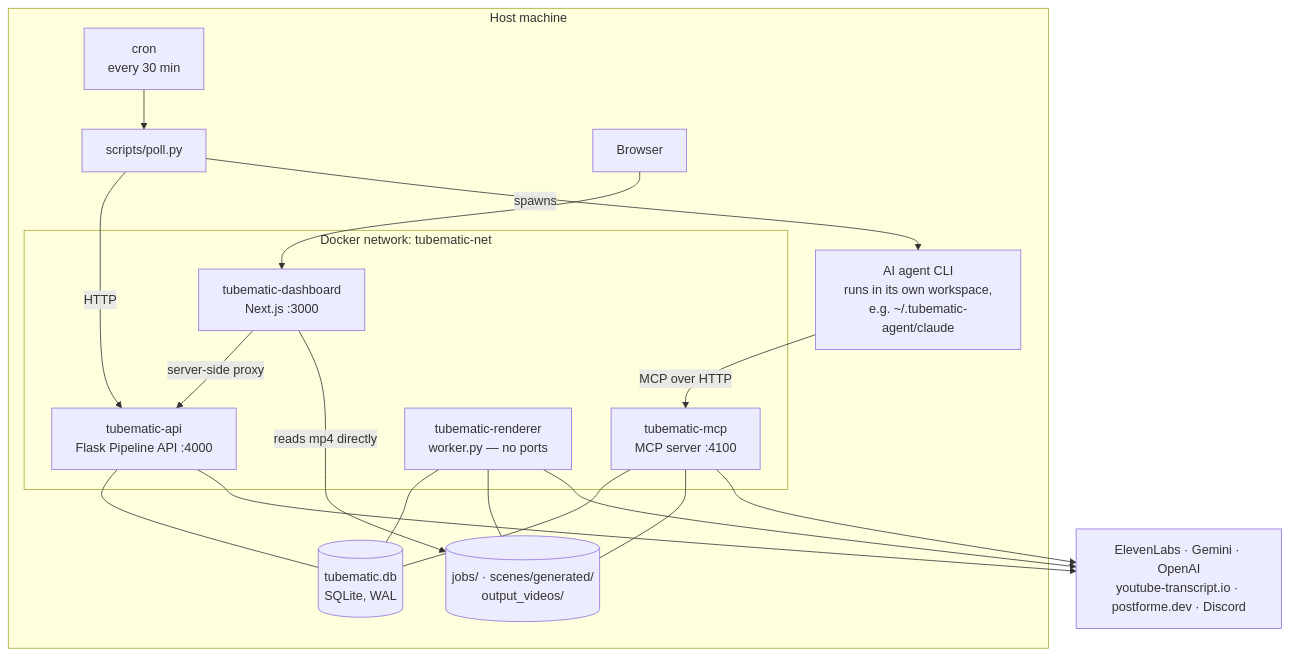
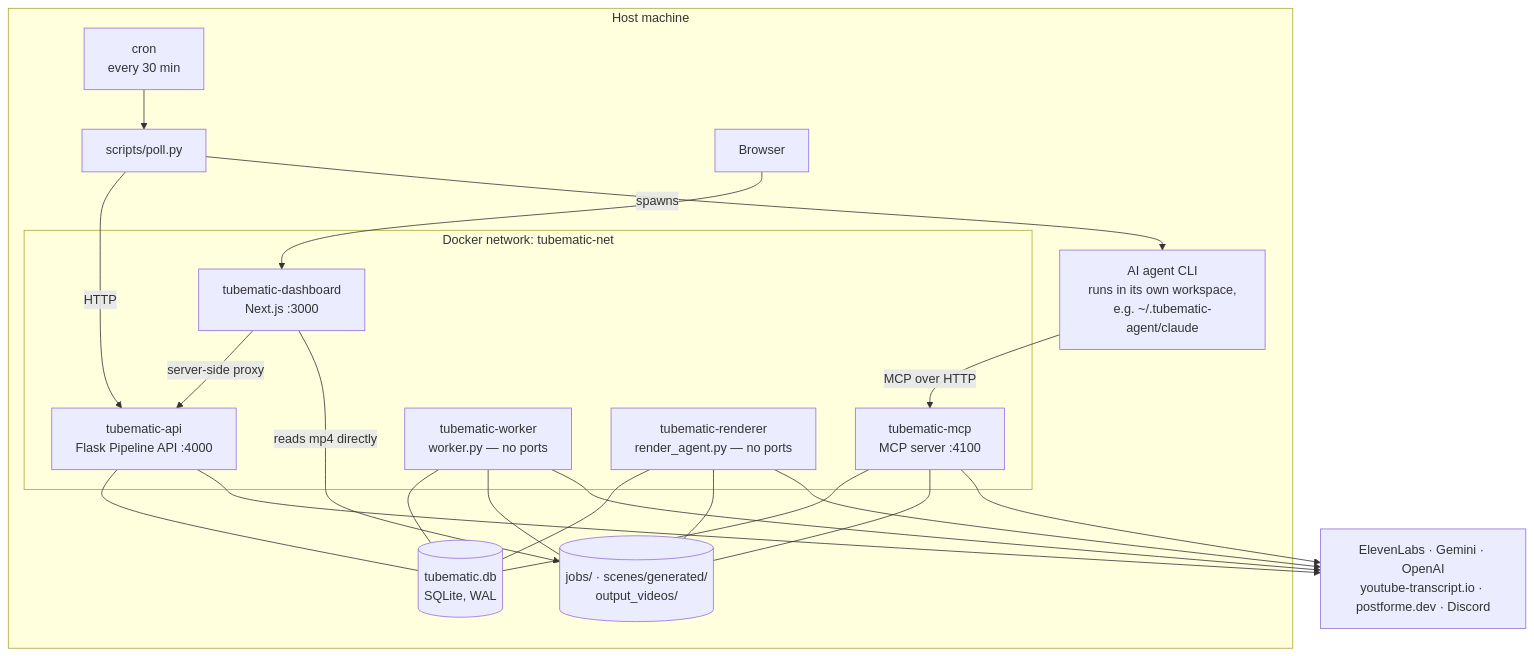
One commit to teja156/tubematic changed the diagram in docs/developer/01-architecture.md. Above: the diagram before and after it, drawn with Mermaid. The commit also changed other lines of this file and 45 other files, not shown here.

Commit message:
Docs, release notes and agent help for the worker/renderer split: five containers, tubematic-worker's loop on page 12, the render path on page 11, the --no-stop refusal and the rollback step (TMDEV-188)

````diff
--- a/docs/developer/01-architecture.md
+++ b/docs/developer/01-architecture.md
@@ -6,39 +6,43 @@
 ```mermaid
 flowchart TB
     subgraph HOST["Host machine"]
         CRON["cron<br/>every 30 min"]
         POLL["scripts/poll.py"]
         AGENT["AI agent CLI<br/>runs in its own workspace,<br/>e.g. ~/.tubematic-agent/claude"]
         BROWSER["Browser"]
 
         subgraph NET["Docker network: tubematic-net"]
             FLASK["tubematic-api<br/>Flask Pipeline API :4000"]
             MCP["tubematic-mcp<br/>MCP server :4100"]
-            WORKER["tubematic-renderer<br/>worker.py — no ports"]
+            WORKER["tubematic-worker<br/>worker.py — no ports"]
+            RENDER["tubematic-renderer<br/>render_agent.py — no ports"]
             DASH["tubematic-dashboard<br/>Next.js :3000"]
         end
 
         DB[("tubematic.db<br/>SQLite, WAL")]
         FILES[("jobs/ · scenes/generated/<br/>output_videos/")]
     end
 
     EXT["ElevenLabs · Gemini · OpenAI<br/>youtube-transcript.io · postforme.dev · Discord"]
 
     CRON --> POLL
     POLL -->|HTTP| FLASK
     POLL -->|spawns| AGENT
     AGENT -->|MCP over HTTP| MCP
     BROWSER --> DASH
     DASH -->|server-side proxy| FLASK
     DASH -->|reads mp4 directly| FILES
 
     FLASK --- DB
     MCP --- DB
     WORKER --- DB
+    RENDER --- DB
     MCP --- FILES
     WORKER --- FILES
+    RENDER --- FILES
 
     MCP --> EXT
     WORKER --> EXT
+    RENDER --> EXT
     FLASK --> EXT
 ```
````
